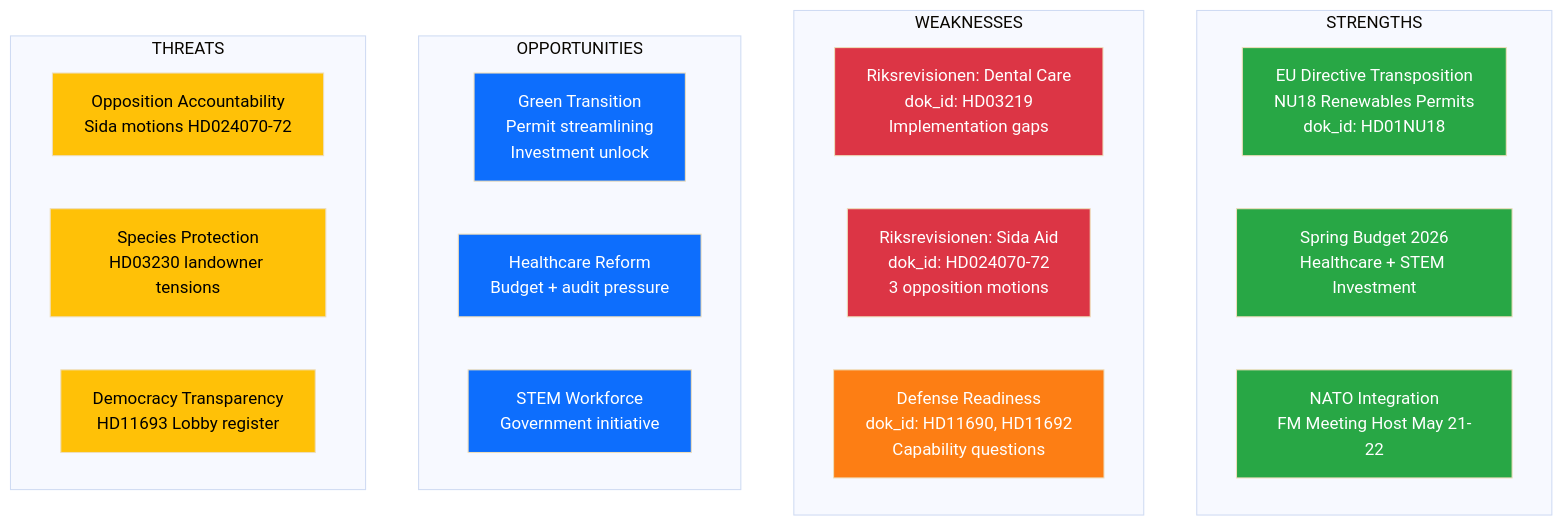
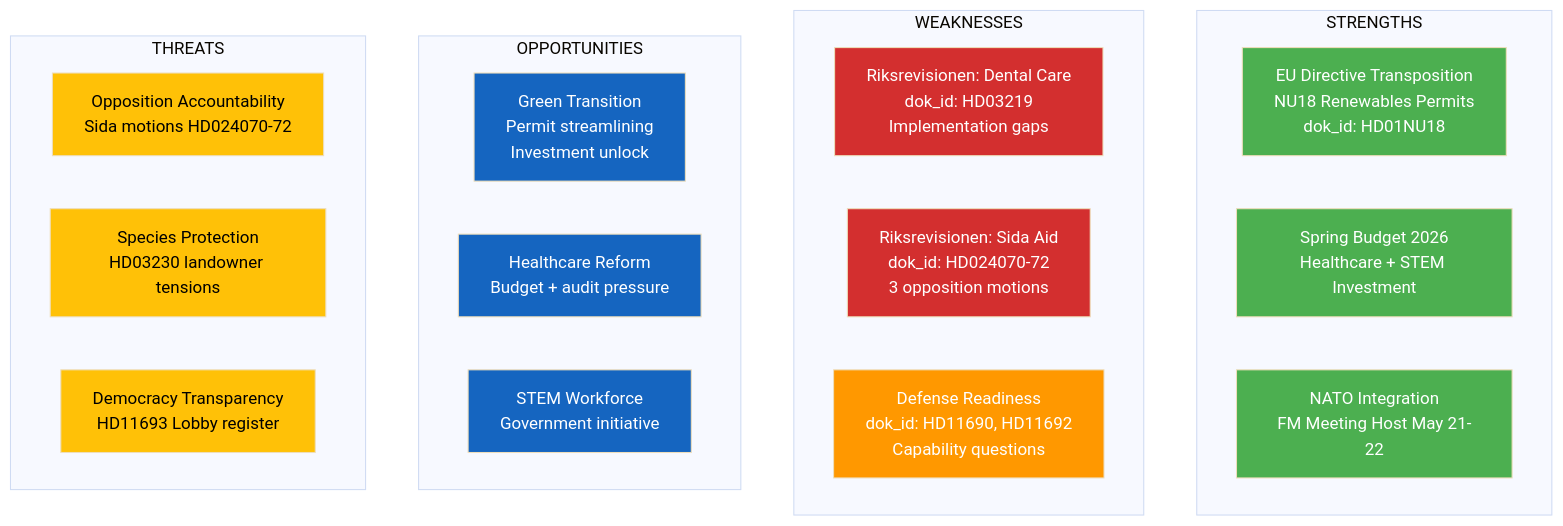
Before and after one commit to Hack23/riksdagsmonitor: the diagram in analysis/daily/2026-04-08/evening-analysis-2/swot-analysis.md, drawn with Mermaid (base theme). The commit also changed 785 other files, not shown here.

First line of the commit message:
Normalize mermaid colors across 786 analysis artifacts to ISMS Style Guide palette

````diff
--- a/analysis/daily/2026-04-08/evening-analysis-2/swot-analysis.md
+++ b/analysis/daily/2026-04-08/evening-analysis-2/swot-analysis.md
@@ -14,39 +14,39 @@
 ```mermaid
 graph TD
     subgraph "STRENGTHS"
         S1["EU Directive Transposition<br/>NU18 Renewables Permits<br/>dok_id: HD01NU18"]
         S2["Spring Budget 2026<br/>Healthcare + STEM Investment"]
         S3["NATO Integration<br/>FM Meeting Host May 21-22"]
     end
 
     subgraph "WEAKNESSES"
         W1["Riksrevisionen: Dental Care<br/>dok_id: HD03219<br/>Implementation gaps"]
         W2["Riksrevisionen: Sida Aid<br/>dok_id: HD024070-72<br/>3 opposition motions"]
         W3["Defense Readiness<br/>dok_id: HD11690, HD11692<br/>Capability questions"]
     end
 
     subgraph "OPPORTUNITIES"
         O1["Green Transition<br/>Permit streamlining<br/>Investment unlock"]
         O2["Healthcare Reform<br/>Budget + audit pressure"]
         O3["STEM Workforce<br/>Government initiative"]
     end
 
     subgraph "THREATS"
         T1["Opposition Accountability<br/>Sida motions HD024070-72"]
         T2["Species Protection<br/>HD03230 landowner tensions"]
         T3["Democracy Transparency<br/>HD11693 Lobby register"]
     end
 
-    style S1 fill:#28a745,color:#fff
-    style S2 fill:#28a745,color:#fff
-    style S3 fill:#28a745,color:#fff
-    style W1 fill:#dc3545,color:#fff
-    style W2 fill:#dc3545,color:#fff
-    style W3 fill:#fd7e14,color:#fff
-    style O1 fill:#0d6efd,color:#fff
-    style O2 fill:#0d6efd,color:#fff
-    style O3 fill:#0d6efd,color:#fff
-    style T1 fill:#ffc107,color:#000
-    style T2 fill:#ffc107,color:#000
-    style T3 fill:#ffc107,color:#000
+    style S1 fill:#4CAF50,color:#FFFFFF
+    style S2 fill:#4CAF50,color:#FFFFFF
+    style S3 fill:#4CAF50,color:#FFFFFF
+    style W1 fill:#D32F2F,color:#FFFFFF
+    style W2 fill:#D32F2F,color:#FFFFFF
+    style W3 fill:#FF9800,color:#FFFFFF
+    style O1 fill:#1565C0,color:#FFFFFF
+    style O2 fill:#1565C0,color:#FFFFFF
+    style O3 fill:#1565C0,color:#FFFFFF
+    style T1 fill:#FFC107,color:#000000
+    style T2 fill:#FFC107,color:#000000
+    style T3 fill:#FFC107,color:#000000
 ```
````
